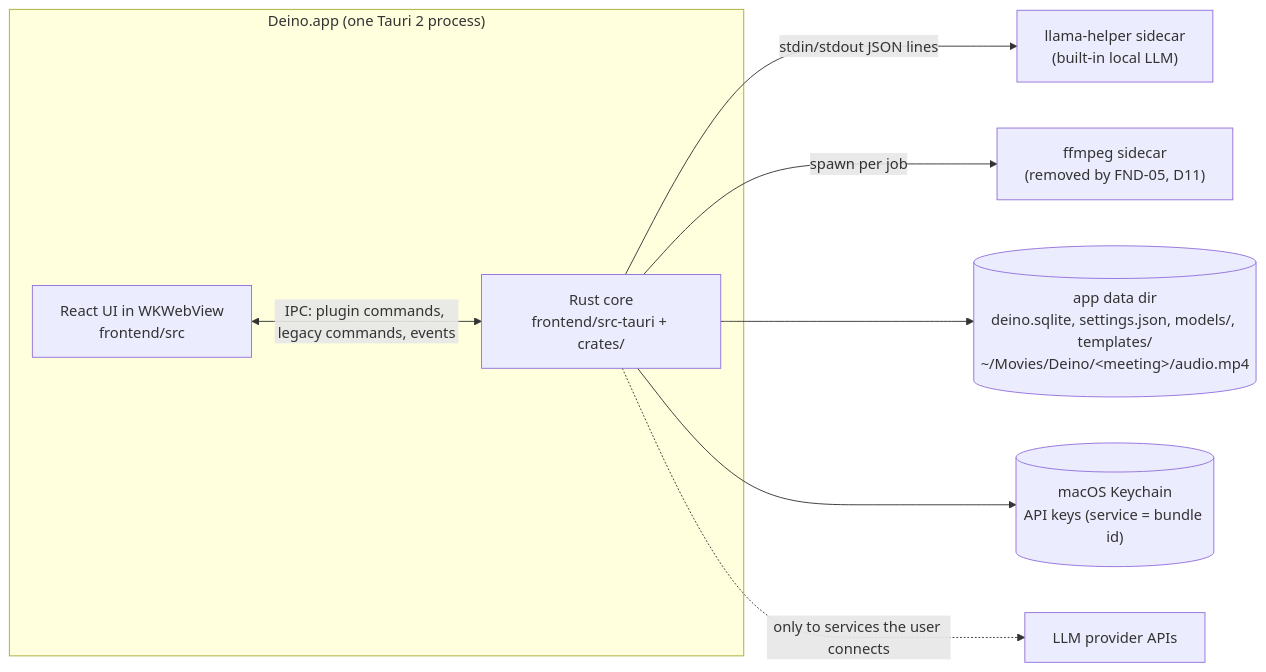
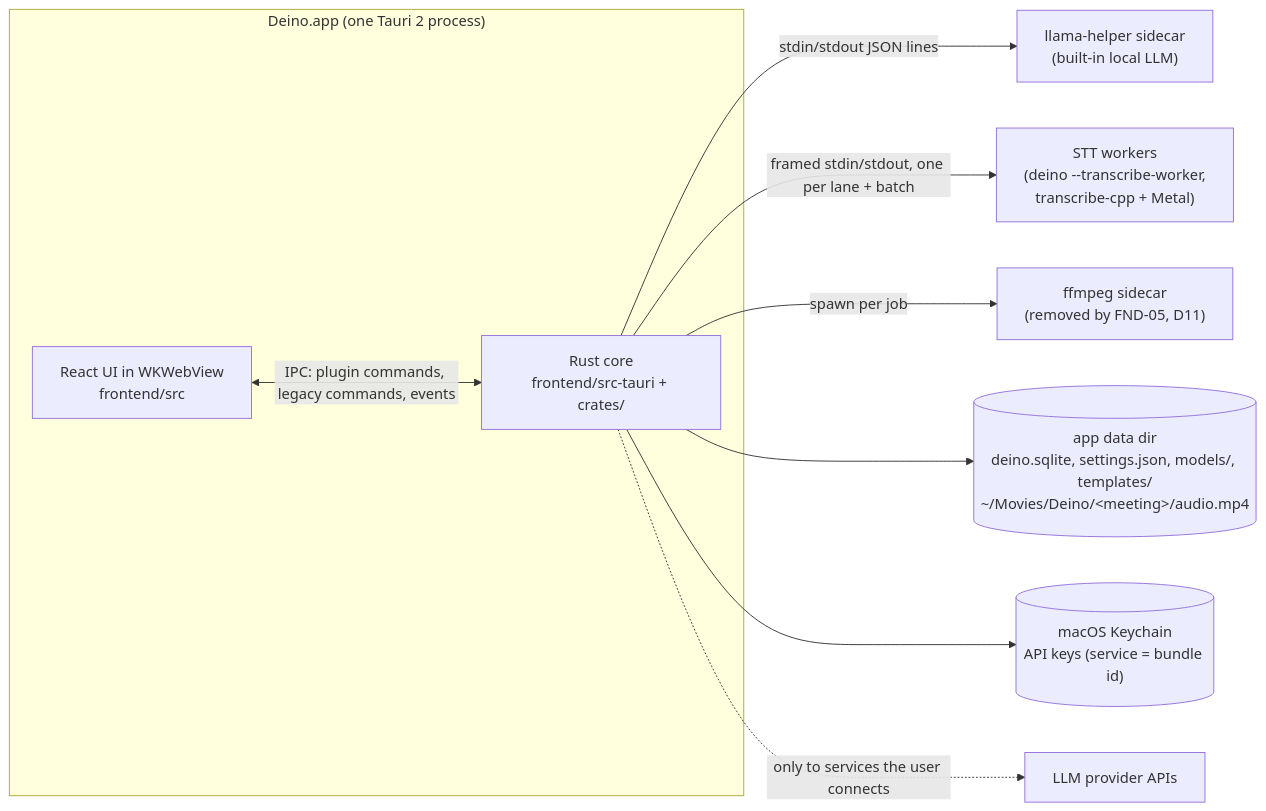
The first of 5 diagrams in docs/ARCHITECTURE.md (xenshreyas/Deino), drawn with Mermaid before and after one commit. The commit also changed other lines of this file and 5 other files, not shown here.

Commit message:
docs(cap-01): ADR 0016, architecture map, notices and plan follow-ups

````diff
--- a/docs/ARCHITECTURE.md
+++ b/docs/ARCHITECTURE.md
@@ -18,13 +19,14 @@
 ```mermaid
 flowchart LR
   subgraph App["Deino.app (one Tauri 2 process)"]
     UI["React UI in WKWebView<br/>frontend/src"]
     Core["Rust core<br/>frontend/src-tauri + crates/"]
     UI <-- "IPC: plugin commands, legacy commands, events" --> Core
   end
   Core -- "stdin/stdout JSON lines" --> Llama["llama-helper sidecar<br/>(built-in local LLM)"]
+  Core -- "framed stdin/stdout, one per lane + batch" --> Workers["STT workers<br/>(deino --transcribe-worker,<br/>transcribe-cpp + Metal)"]
   Core -- "spawn per job" --> FFmpeg["ffmpeg sidecar<br/>(removed by FND-05, D11)"]
   Core --> Files[("app data dir<br/>deino.sqlite, settings.json, models/, templates/<br/>~/Movies/Deino/&lt;meeting&gt;/audio.mp4")]
   Core --> Keychain[("macOS Keychain<br/>API keys (service = bundle id)")]
   Core -. "only to services the user connects" .-> LLM["LLM provider APIs"]
 ```
````
